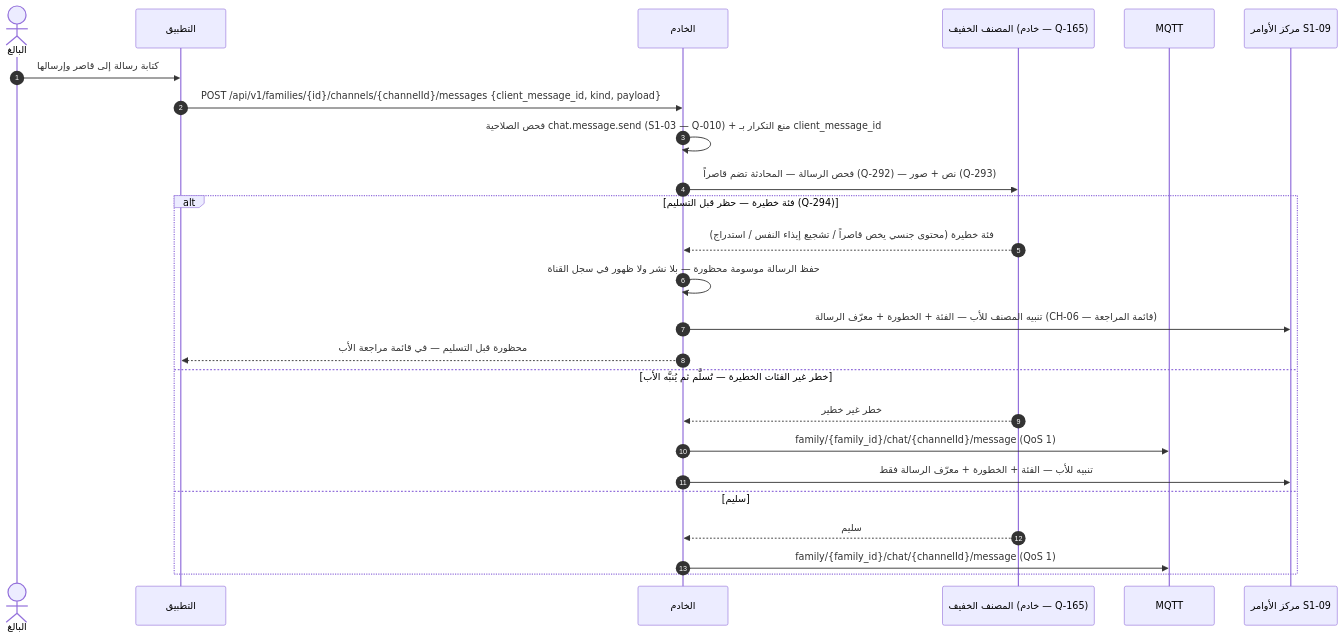
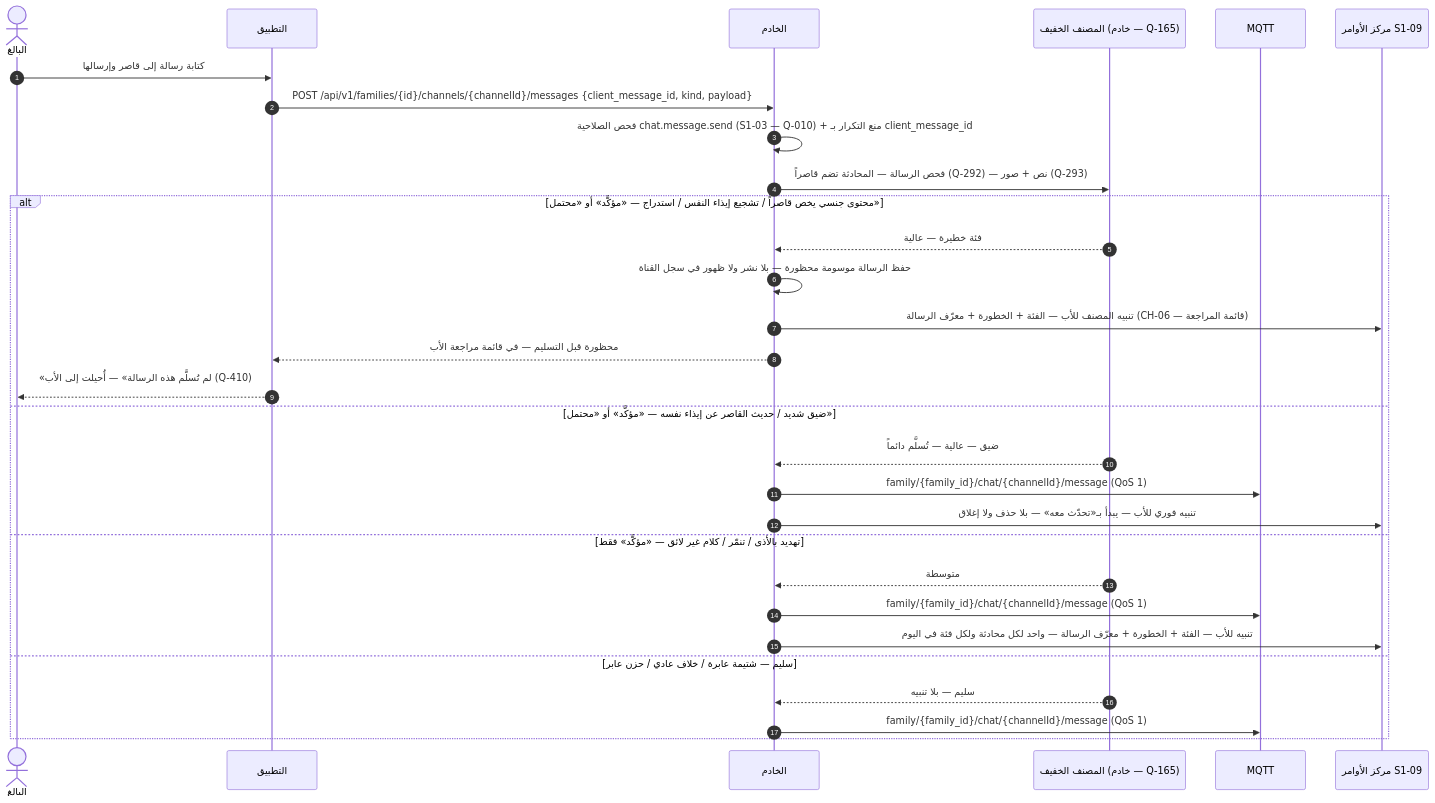
The tenth of 18 diagrams in docs/family-os/governance/phases/phase-1/S1-08-chat-basic/DIAGRAMS.md (Bassam-mohammed-alqaeadi/family-os-v2), drawn with Mermaid before and after one commit. The commit also changed other lines of this file, not shown here.

````diff
--- a/docs/family-os/governance/phases/phase-1/S1-08-chat-basic/DIAGRAMS.md
+++ b/docs/family-os/governance/phases/phase-1/S1-08-chat-basic/DIAGRAMS.md
@@ -377,27 +414,32 @@
 ```mermaid
 sequenceDiagram
     autonumber
     actor Adult as البالغ
     participant App as التطبيق
     participant Ktor as الخادم
     participant Classifier as المصنف الخفيف (خادم — Q-165)
     participant MQTT as MQTT
     participant S109 as مركز الأوامر S1-09
     Adult->>App: كتابة رسالة إلى قاصر وإرسالها
     App->>Ktor: POST /api/v1/families/{id}/channels/{channelId}/messages {client_message_id, kind, payload}
     Ktor->>Ktor: فحص الصلاحية chat.message.send (S1-03 — Q-010) + منع التكرار بـ client_message_id
     Ktor->>Classifier: فحص الرسالة — المحادثة تضم قاصراً (Q-292) — نص + صور (Q-293)
-    alt فئة خطيرة — حظر قبل التسليم (Q-294)
-        Classifier-->>Ktor: فئة خطيرة (محتوى جنسي يخص قاصراً / تشجيع إيذاء النفس / استدراج)
+    alt محتوى جنسي يخص قاصراً / تشجيع إيذاء النفس / استدراج — «مؤكَّد» أو «محتمل»
+        Classifier-->>Ktor: فئة خطيرة — عالية
         Ktor->>Ktor: حفظ الرسالة موسومة محظورة — بلا نشر ولا ظهور في سجل القناة
         Ktor->>S109: تنبيه المصنف للأب — الفئة + الخطورة + معرّف الرسالة (CH-06 — قائمة المراجعة)
         Ktor-->>App: محظورة قبل التسليم — في قائمة مراجعة الأب
-    else خطر غير الفئات الخطيرة — تُسلَّم ثم يُنبَّه الأب
-        Classifier-->>Ktor: خطر غير خطير
+        App-->>Adult: «لم تُسلَّم هذه الرسالة» — أُحيلت إلى الأب (Q-410)
+    else ضيق شديد / حديث القاصر عن إيذاء نفسه — «مؤكَّد» أو «محتمل»
+        Classifier-->>Ktor: ضيق — عالية — تُسلَّم دائماً
         Ktor->>MQTT: family/{family_id}/chat/{channelId}/message (QoS 1)
-        Ktor->>S109: تنبيه للأب — الفئة + الخطورة + معرّف الرسالة فقط
-    else سليم
-        Classifier-->>Ktor: سليم
+        Ktor->>S109: تنبيه فوري للأب — يبدأ بـ«تحدّث معه» — بلا حذف ولا إغلاق
+    else تهديد بالأذى / تنمّر / كلام غير لائق — «مؤكَّد» فقط
+        Classifier-->>Ktor: متوسطة
+        Ktor->>MQTT: family/{family_id}/chat/{channelId}/message (QoS 1)
+        Ktor->>S109: تنبيه للأب — الفئة + الخطورة + معرّف الرسالة — واحد لكل محادثة ولكل فئة في اليوم
+    else سليم — شتيمة عابرة / خلاف عادي / حزن عابر
+        Classifier-->>Ktor: سليم — بلا تنبيه
         Ktor->>MQTT: family/{family_id}/chat/{channelId}/message (QoS 1)
     end
 ```
````
